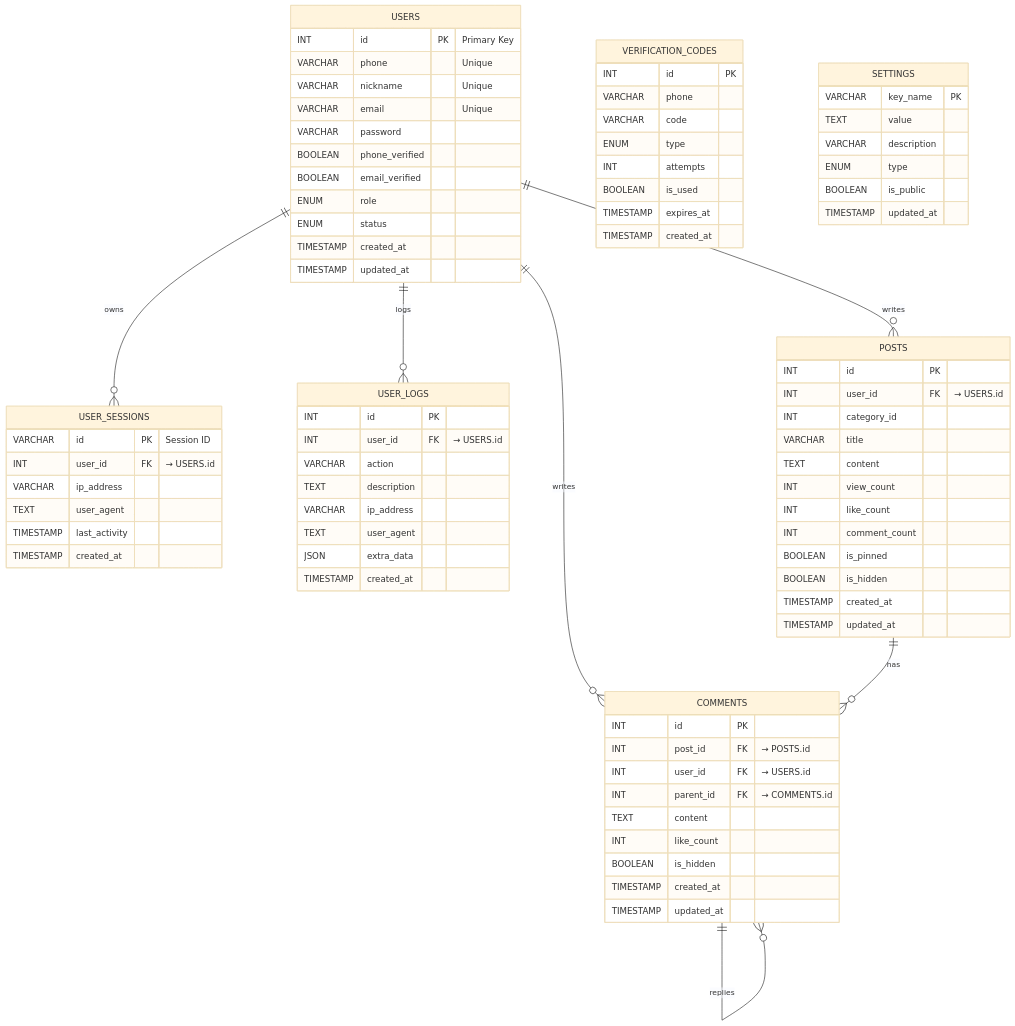
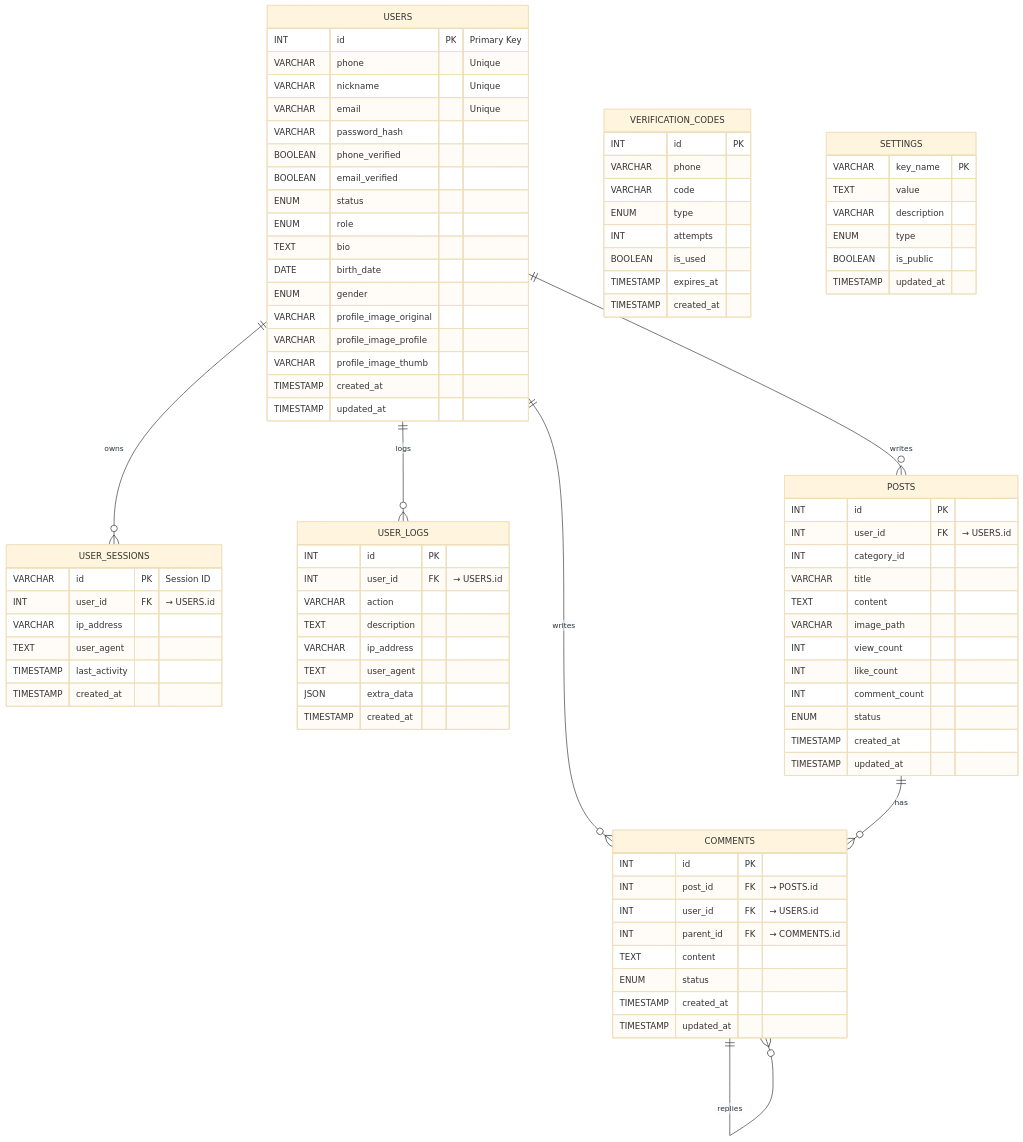
Before and after one commit to LeeJeongHyeon123/TOPMKT: the diagram in docs/4.DB구조.md, drawn with Mermaid (base theme). The commit also changed other lines of this file and 21 other files, not shown here.

```diff
--- a/docs/4.DB구조.md
+++ b/docs/4.DB구조.md
@@ -18,11 +18,17 @@
         VARCHAR phone "Unique"
         VARCHAR nickname "Unique"
         VARCHAR email "Unique"
-        VARCHAR password
+        VARCHAR password_hash
         BOOLEAN phone_verified
         BOOLEAN email_verified
+        ENUM status
         ENUM role
-        ENUM status
+        TEXT bio
+        DATE birth_date
+        ENUM gender
+        VARCHAR profile_image_original
+        VARCHAR profile_image_profile
+        VARCHAR profile_image_thumb
         TIMESTAMP created_at
         TIMESTAMP updated_at
     }
@@ -60,11 +66,11 @@
         INT category_id
         VARCHAR title
         TEXT content
+        VARCHAR image_path
         INT view_count
         INT like_count
         INT comment_count
-        BOOLEAN is_pinned
-        BOOLEAN is_hidden
+        ENUM status
         TIMESTAMP created_at
         TIMESTAMP updated_at
     }
@@ -74,8 +80,7 @@
         INT user_id FK "→ USERS.id"
         INT parent_id FK "→ COMMENTS.id"
         TEXT content
-        INT like_count
-        BOOLEAN is_hidden
+        ENUM status
         TIMESTAMP created_at
         TIMESTAMP updated_at
     }
```
